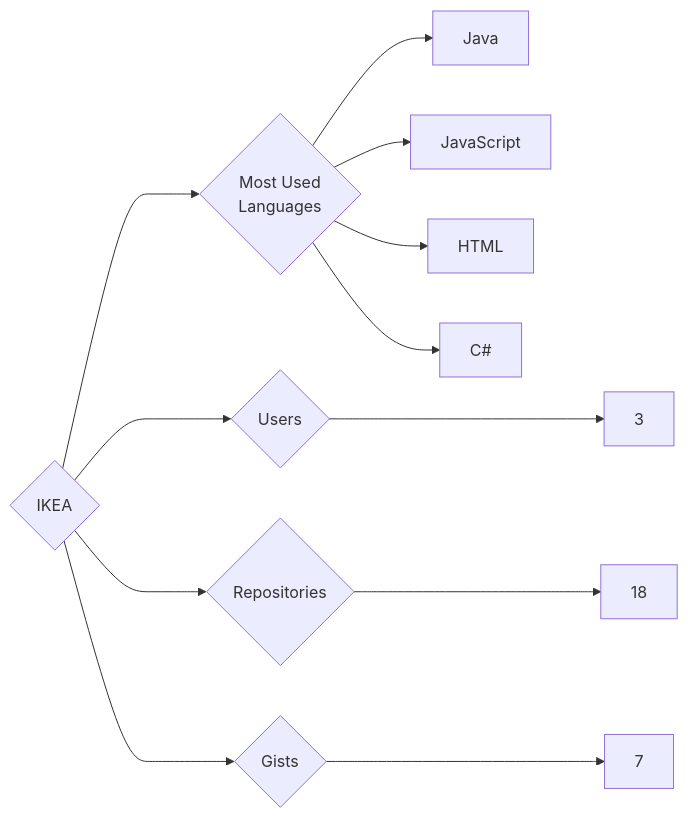
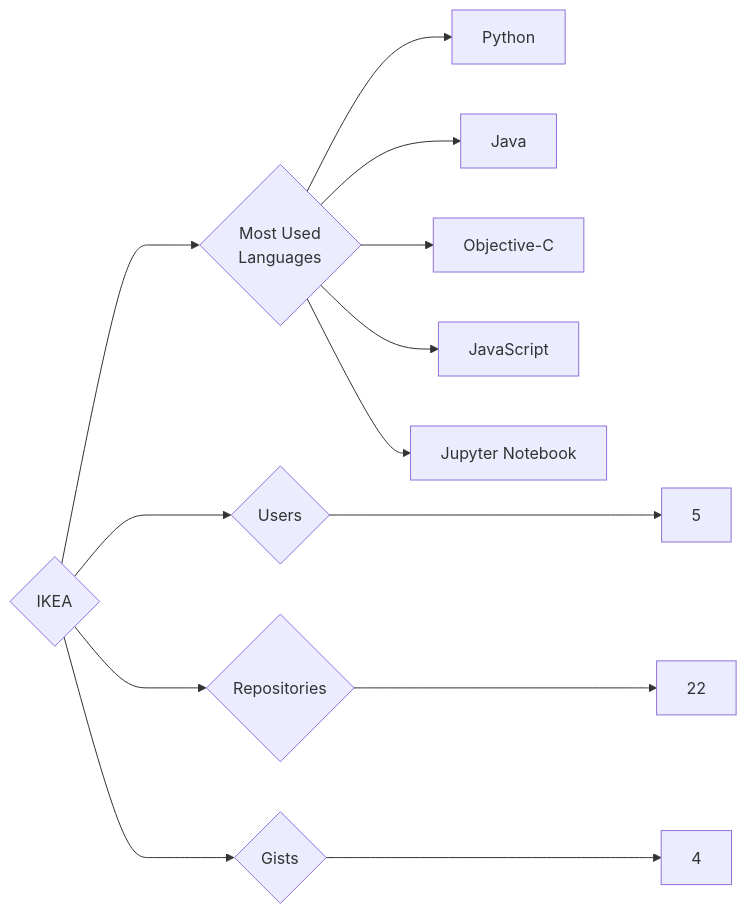
Before and after one commit to trickest/insiders: the diagram in targets/IKEA/README.md, drawn with Mermaid. The commit also changed 783 other files, not shown here.

````diff
--- a/targets/IKEA/README.md
+++ b/targets/IKEA/README.md
@@ -3,12 +3,13 @@
 ```mermaid
 graph LR
 COMPANY_NAME{IKEA}
-COMPANY_NAME ---> U{Users} ---> UN[3]
-COMPANY_NAME ---> R{Repositories} ---> RN[18]
-COMPANY_NAME ---> G{Gists} ---> GN[7]
+COMPANY_NAME ---> U{Users} ---> UN[5]
+COMPANY_NAME ---> R{Repositories} ---> RN[22]
+COMPANY_NAME ---> G{Gists} ---> GN[4]
 COMPANY_NAME ---> ML{Most Used<br>Languages}
+ML --> Python[Python]
 ML --> Java[Java]
+ML --> Objective-C[Objective-C]
 ML --> JavaScript[JavaScript]
-ML --> HTML[HTML]
-ML --> C#[C#]
+ML --> Jupyter_Notebook[Jupyter Notebook]
 ```
````
